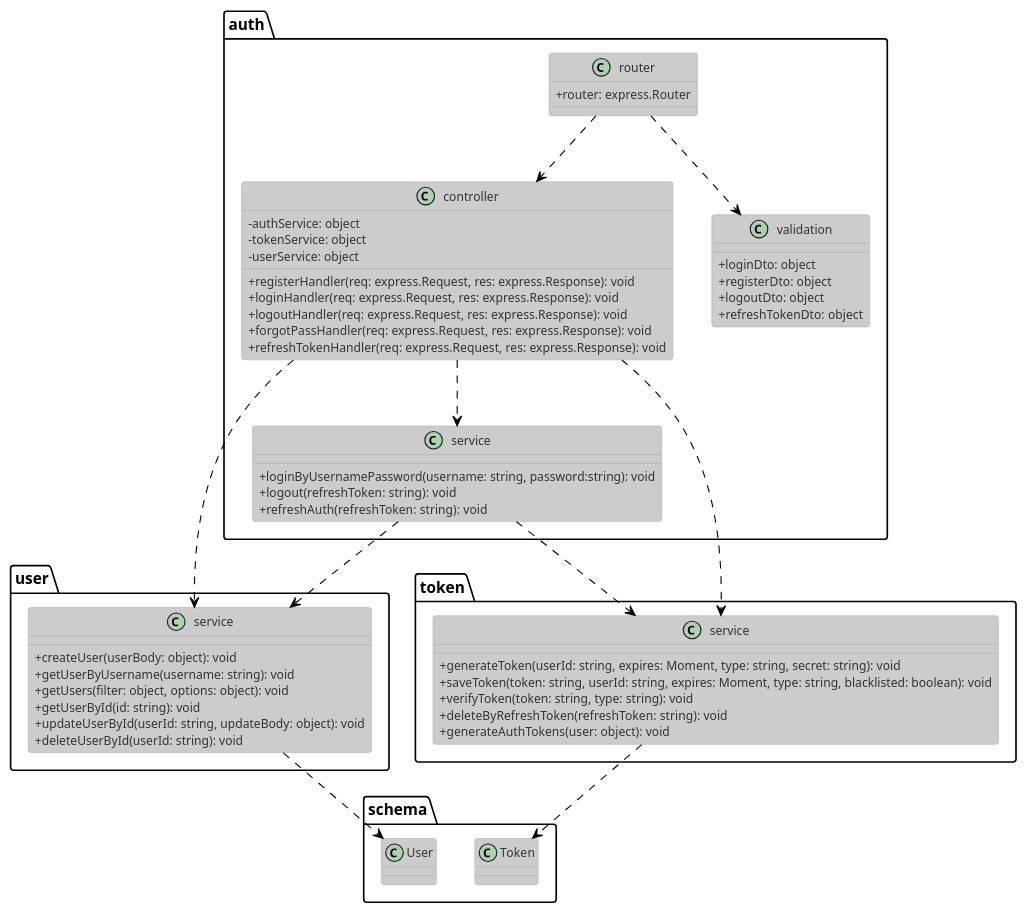
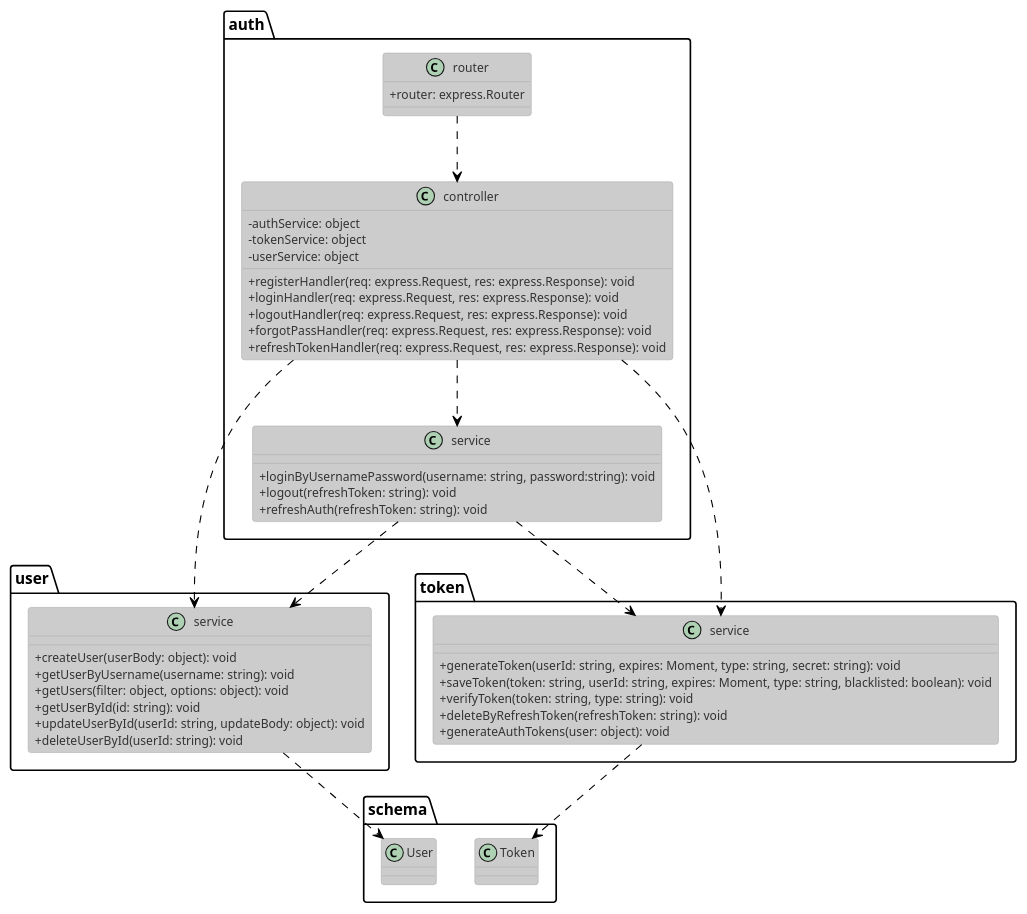
Before and after one commit to tuannm99/RMS: the diagram in plantuml/class/auth.puml, drawn with PlantUML.

Commit message:
update - uml

```diff
--- a/plantuml/class/auth.puml
+++ b/plantuml/class/auth.puml
@@ -1,79 +1,71 @@
 @startuml authClass
 !theme reddress-lightblue
 
 skinparam classAttributeIconSize 0
 class auth.controller{
   - {field} authService: object
   - {field} tokenService: object
   - {field} userService: object
 
   + {method} registerHandler(req: express.Request, res: express.Response): void
   + {method} loginHandler(req: express.Request, res: express.Response): void
   + {method} logoutHandler(req: express.Request, res: express.Response): void
   + {method} forgotPassHandler(req: express.Request, res: express.Response): void
   + {method} refreshTokenHandler(req: express.Request, res: express.Response): void
 }
 
 class auth.service{
   + {method} loginByUsernamePassword(username: string, password:string): void
   + {method} logout(refreshToken: string): void
   + {method} refreshAuth(refreshToken: string): void
 }
 
 class auth.router{
   + {field} router: express.Router
-}
-
-class auth.validation{
-  + {method} loginDto: object
-  + {method} registerDto: object
-  + {method} logoutDto: object
-  + {method} refreshTokenDto: object
 }
 
 ' class user.controller{
 '   + getAllUsersHandler(req, res): void
 '   + getUserHandler(req, res): void
 '   + updateUserHandler(req, res): void
 '   + deleteUserHandler(req, res): void
 ' }
 
 ' class user.router{
 '   + router: express.Router()
 ' }
 
 class user.service{
   + {method} createUser(userBody: object): void
   + {method} getUserByUsername(username: string): void
   + {method} getUsers(filter: object, options: object): void
   + {method} getUserById(id: string): void
   + {method} updateUserById(userId: string, updateBody: object): void
   + {method} deleteUserById(userId: string): void
 }
 
 class token.service{
   + {method} generateToken(userId: string, expires: Moment, type: string, secret: string): void
   + {method} saveToken(token: string, userId: string, expires: Moment, type: string, blacklisted: boolean): void
   + {method} verifyToken(token: string, type: string): void
   + {method} deleteByRefreshToken(refreshToken: string): void
   + {method} generateAuthTokens(user: object): void
 }
 
 class schema.Token {
 
 }
 
 class schema.User {
 
 }
 
-auth.router ..> auth.validation
 auth.controller ..> auth.service
 auth.router ..>	 auth.controller
 auth.service ..> user.service
 auth.service ..> token.service
 auth.controller ..> user.service
 auth.controller ..> token.service
 user.service ..> schema.User
 token.service ..> schema.Token
 @enduml
```
